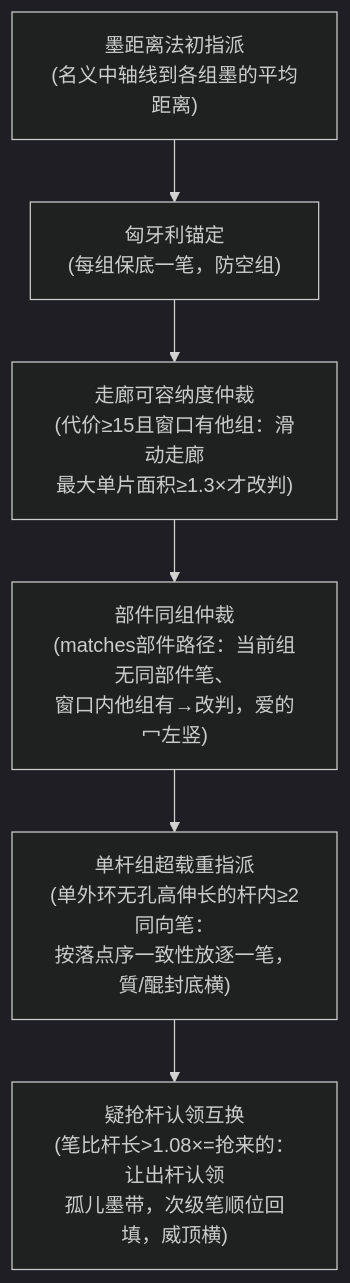
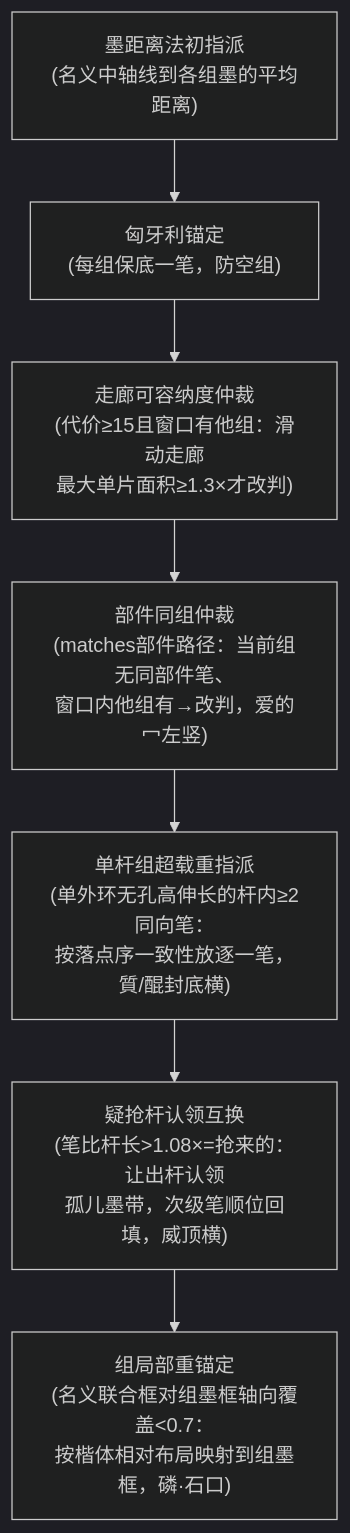
One commit to lulilulili/TearHanZiApart changed the third of 4 diagrams in docs/算法说明.md. Above: the diagram before and after it, drawn with Mermaid (dark theme). The commit also changed other lines of this file and 3 other files, not shown here.

````diff
--- a/docs/算法说明.md
+++ b/docs/算法说明.md
@@ -86,10 +86,11 @@
 ```mermaid
 flowchart TD
     G0["墨距离法初指派<br>(名义中轴线到各组墨的平均距离)"]
     G1["匈牙利锚定<br>(每组保底一笔，防空组)"]
     G2["走廊可容纳度仲裁<br>(代价≥15且窗口有他组：滑动走廊<br>最大单片面积≥1.3×才改判)"]
     G3["部件同组仲裁<br>(matches部件路径：当前组无同部件笔、<br>窗口内他组有→改判，爱的冖左竖)"]
     G4["单杆组超载重指派<br>(单外环无孔高伸长的杆内≥2同向笔：<br>按落点序一致性放逐一笔，質/醌封底横)"]
     G5["疑抢杆认领互换<br>(笔比杆长>1.08×=抢来的：让出杆认领<br>孤儿墨带，次级笔顺位回填，威顶横)"]
-    G0 --> G1 --> G2 --> G3 --> G4 --> G5
+    G6["组局部重锚定<br>(名义联合框对组墨框轴向覆盖<0.7：<br>按楷体相对布局映射到组墨框，磷·石口)"]
+    G0 --> G1 --> G2 --> G3 --> G4 --> G5 --> G6
 ```
````
